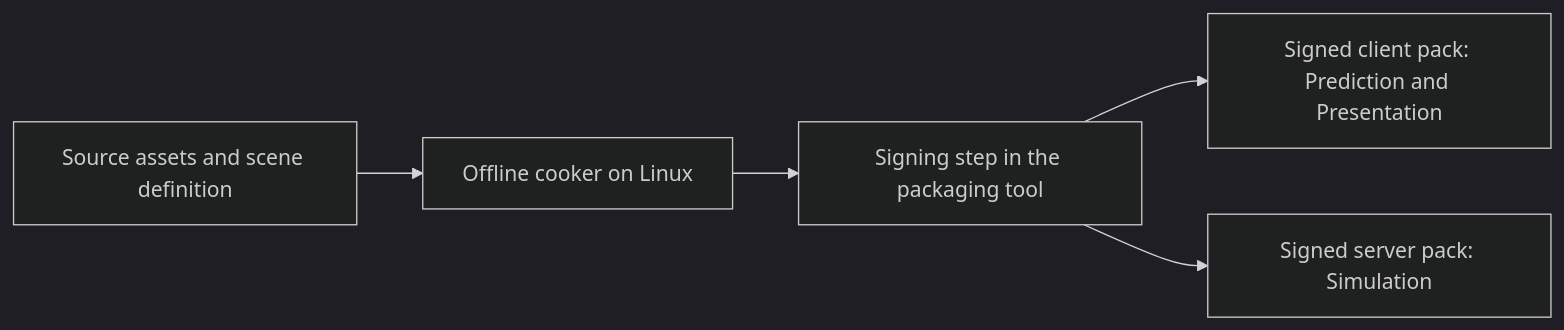
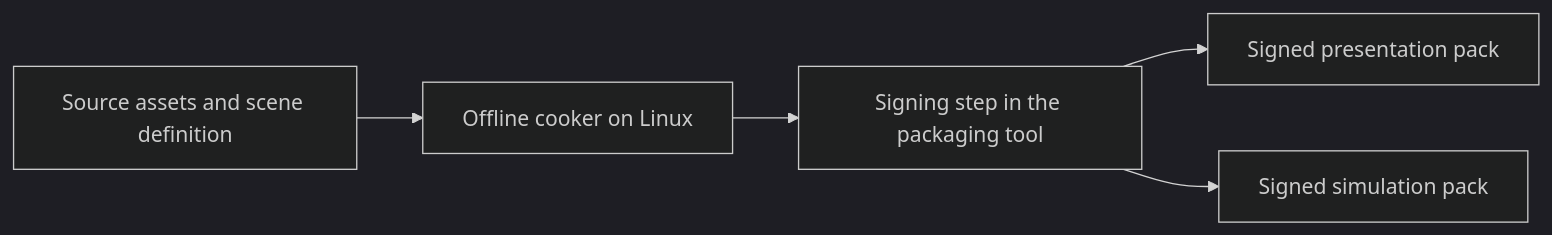
One commit to sergioffpc/blackflower changed the diagram in docs/cooker-and-packs.md. Above: the diagram before and after it, drawn with Mermaid (dark theme). The commit also changed other lines of this file and 39 other files, not shown here.

````diff
--- a/docs/cooker-and-packs.md
+++ b/docs/cooker-and-packs.md
@@ -22,11 +22,11 @@
 ```mermaid
 flowchart LR
     source["Source assets and scene definition"]
     cooker["Offline cooker on Linux"]
     signer["Signing step in the packaging tool"]
-    clientPack["Signed client pack: Prediction and Presentation"]
-    serverPack["Signed server pack: Simulation"]
+    presentationPack["Signed presentation pack"]
+    simulationPack["Signed simulation pack"]
     source --> cooker --> signer
-    signer --> clientPack
-    signer --> serverPack
+    signer --> presentationPack
+    signer --> simulationPack
 ```
````
